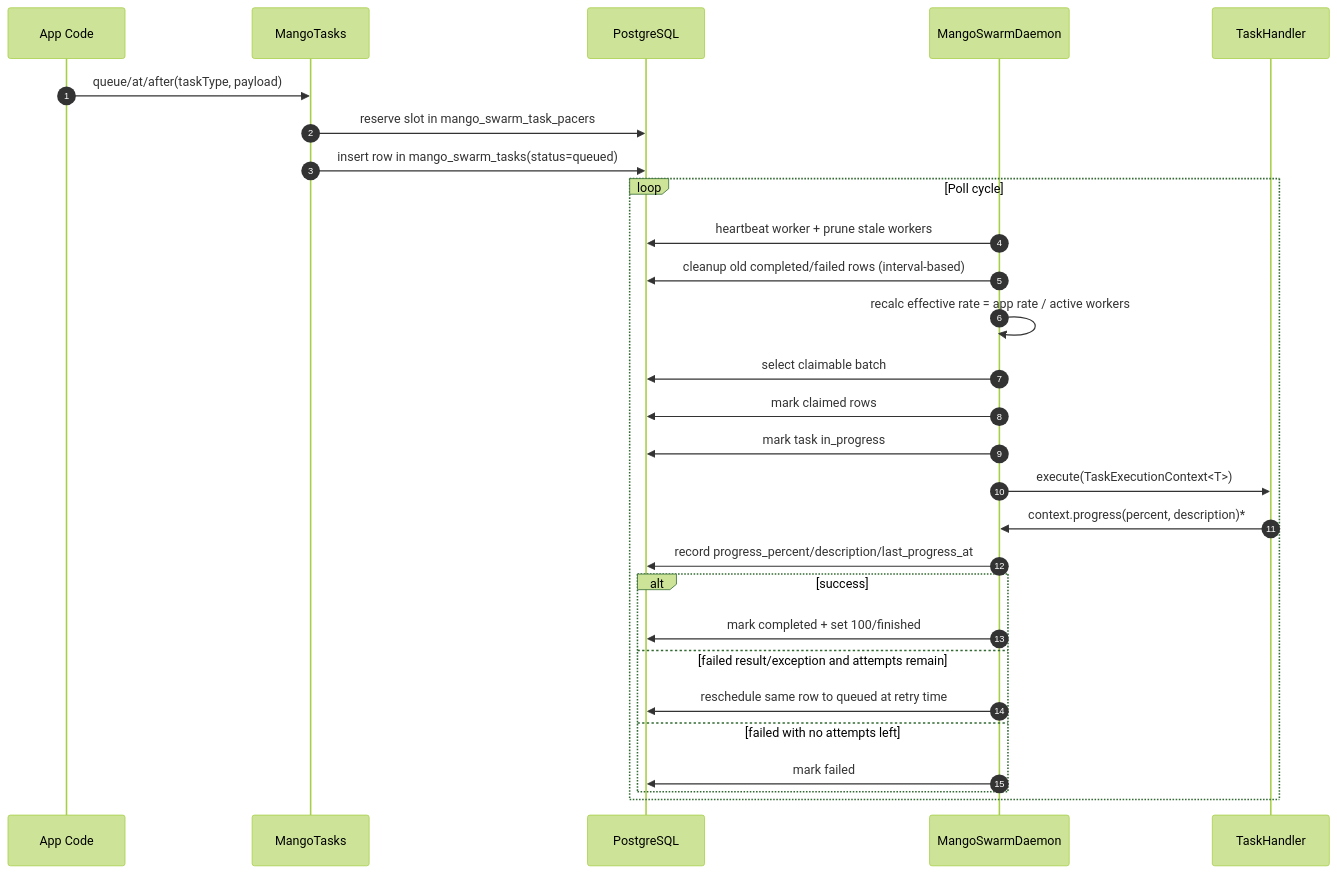
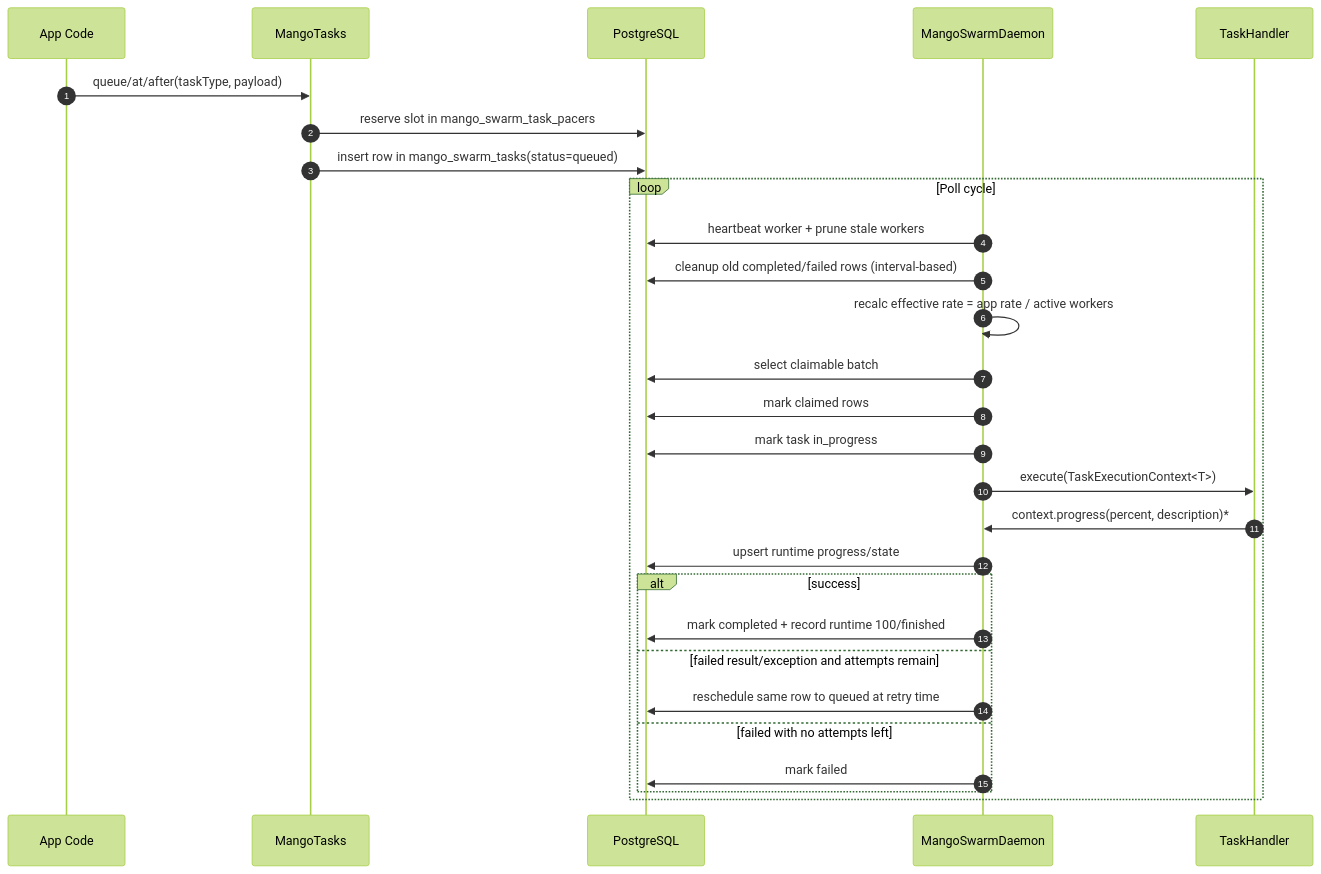
One commit to bitstep-ie/mango4j-swarm changed the first of 2 diagrams in documentation/how-mango-swarm-works.md. Above: the diagram before and after it, drawn with Mermaid (forest theme). The commit also changed other lines of this file and 15 other files, not shown here.

````diff
--- a/documentation/how-mango-swarm-works.md
+++ b/documentation/how-mango-swarm-works.md
@@ -42,32 +41,32 @@
 ```mermaid
 sequenceDiagram
     autonumber
     participant App as App Code
     participant API as MangoTasks
     participant DB as PostgreSQL
     participant D as MangoSwarmDaemon
     participant H as TaskHandler
 
     App->>API: queue/at/after(taskType, payload)
     API->>DB: reserve slot in mango_swarm_task_pacers
     API->>DB: insert row in mango_swarm_tasks(status=queued)
 
     loop Poll cycle
         D->>DB: heartbeat worker + prune stale workers
         D->>DB: cleanup old completed/failed rows (interval-based)
         D->>D: recalc effective rate = app rate / active workers
         D->>DB: select claimable batch
         D->>DB: mark claimed rows
         D->>DB: mark task in_progress
         D->>H: execute(TaskExecutionContext<T>)
         H->>D: context.progress(percent, description)*
-        D->>DB: record progress_percent/description/last_progress_at
+        D->>DB: upsert runtime progress/state
         alt success
-            D->>DB: mark completed + set 100/finished
+            D->>DB: mark completed + record runtime 100/finished
         else failed result/exception and attempts remain
             D->>DB: reschedule same row to queued at retry time
         else failed with no attempts left
             D->>DB: mark failed
         end
     end
 ```
````
